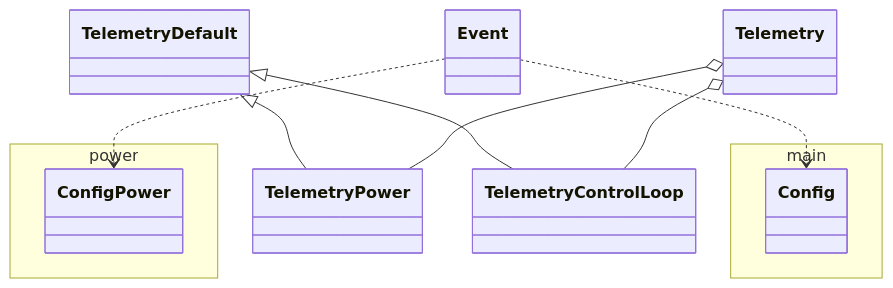
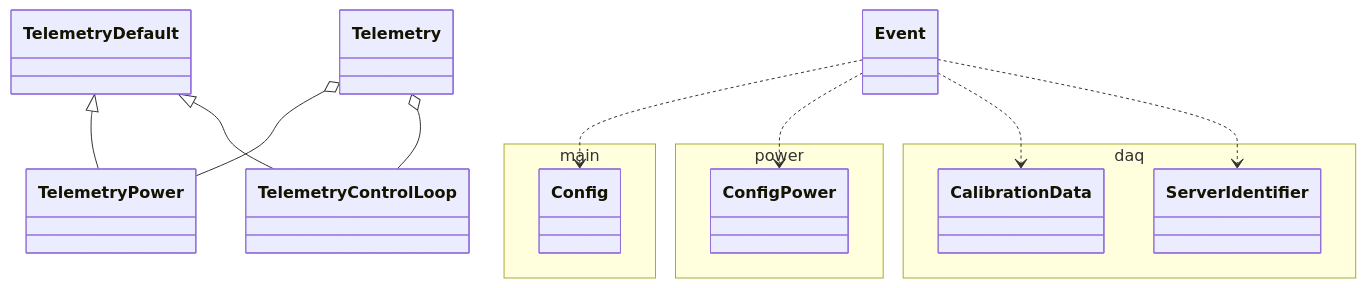
The sixth of 8 diagrams in doc/class_diagram.md (lsst-ts/ts_mtm2_controller), drawn with Mermaid before and after one commit. The commit also changed other lines of this file, not shown here.

````diff
--- a/doc/class_diagram.md
+++ b/doc/class_diagram.md
@@ -281,20 +285,27 @@
 ```mermaid
 classDiagram
 
 namespace power {
   class ConfigPower
 }
 
 namespace main {
   class Config
 }
 
+namespace daq {
+  class CalibrationData
+  class ServerIdentifier
+}
+
 Event ..> Config
 Event ..> ConfigPower
+Event ..> CalibrationData
+Event ..> ServerIdentifier
 
 TelemetryDefault <|-- TelemetryPower
 TelemetryDefault <|-- TelemetryControlLoop
 
 Telemetry o-- TelemetryPower
 Telemetry o-- TelemetryControlLoop
 ```
````
